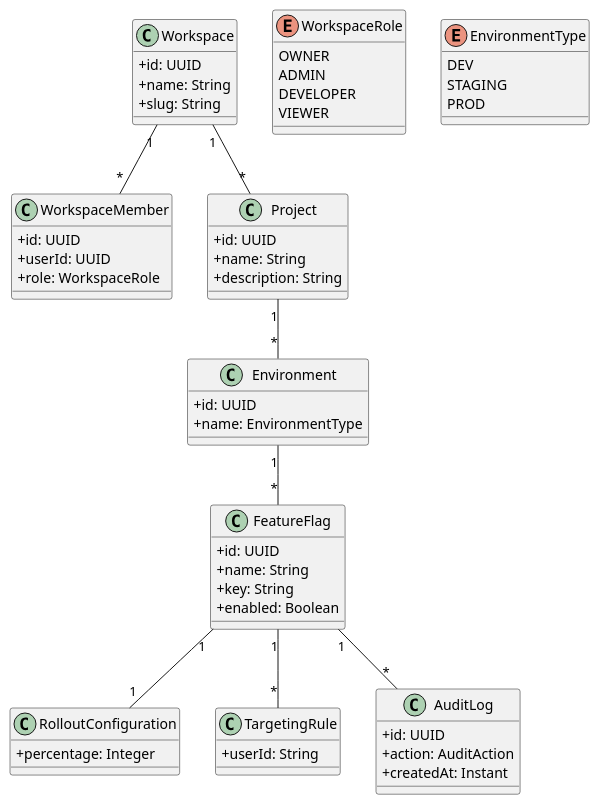
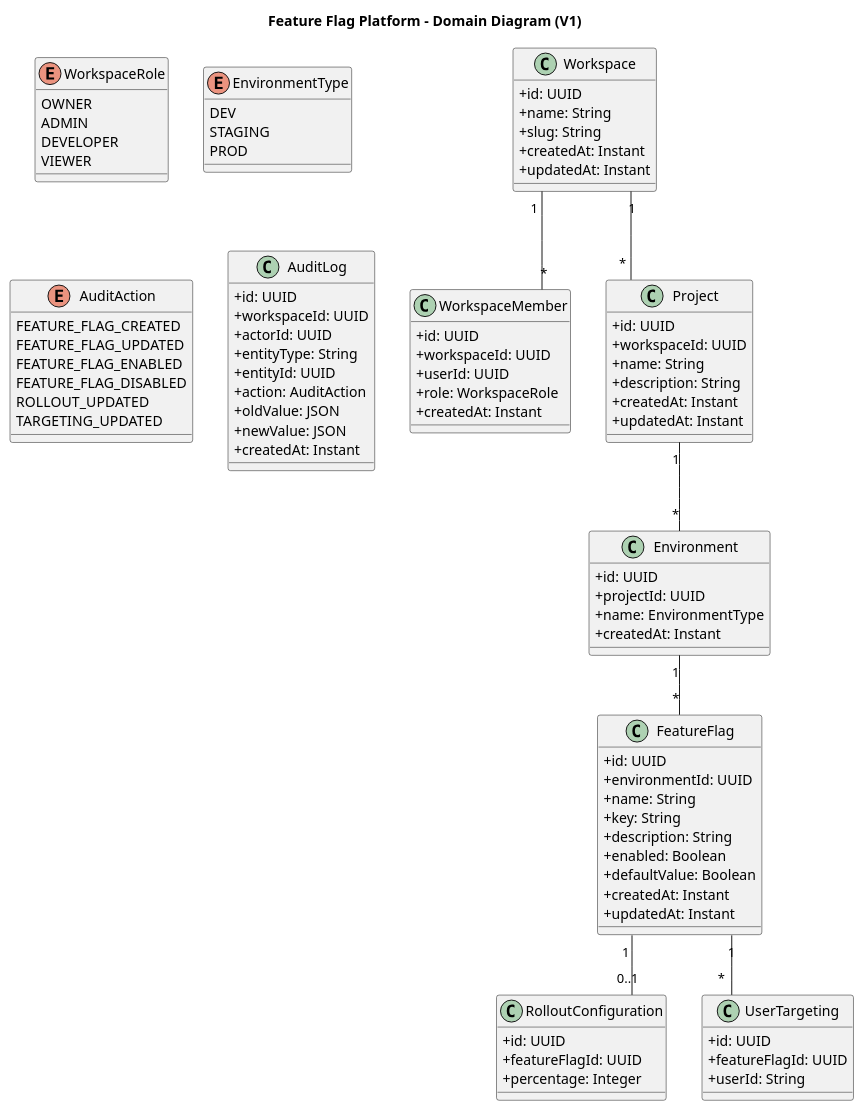
Before and after one commit to Gustavo-Akira/dev-flag: the diagram in docs/v1/domain-diagram.puml, drawn with PlantUML.

Commit message:
docs: update domain diagram with cardinality

```diff
--- a/docs/v1/domain-diagram.puml
+++ b/docs/v1/domain-diagram.puml
@@ -1,72 +1,119 @@
 @startuml
 skinparam classAttributeIconSize 0
+skinparam linetype ortho
+
+title Feature Flag Platform - Domain Diagram (V1)
+
+' ==========================
+' ENUMS
+' ==========================
+
+enum WorkspaceRole {
+OWNER
+ADMIN
+DEVELOPER
+VIEWER
+}
+
+enum EnvironmentType {
+DEV
+STAGING
+PROD
+}
+
+enum AuditAction {
+FEATURE_FLAG_CREATED
+FEATURE_FLAG_UPDATED
+FEATURE_FLAG_ENABLED
+FEATURE_FLAG_DISABLED
+ROLLOUT_UPDATED
+TARGETING_UPDATED
+}
+
+' ==========================
+' ENTITIES
+' ==========================
 
 class Workspace {
-  +id: UUID
-  +name: String
-  +slug: String
++id: UUID
++name: String
++slug: String
++createdAt: Instant
++updatedAt: Instant
 }
 
 class WorkspaceMember {
-  +id: UUID
-  +userId: UUID
-  +role: WorkspaceRole
++id: UUID
++workspaceId: UUID
++userId: UUID
++role: WorkspaceRole
++createdAt: Instant
 }
 
 class Project {
-  +id: UUID
-  +name: String
-  +description: String
++id: UUID
++workspaceId: UUID
++name: String
++description: String
++createdAt: Instant
++updatedAt: Instant
 }
 
 class Environment {
-  +id: UUID
-  +name: EnvironmentType
++id: UUID
++projectId: UUID
++name: EnvironmentType
++createdAt: Instant
 }
 
 class FeatureFlag {
-  +id: UUID
-  +name: String
-  +key: String
-  +enabled: Boolean
++id: UUID
++environmentId: UUID
++name: String
++key: String
++description: String
++enabled: Boolean
++defaultValue: Boolean
++createdAt: Instant
++updatedAt: Instant
 }
 
 class RolloutConfiguration {
-  +percentage: Integer
++id: UUID
++featureFlagId: UUID
++percentage: Integer
 }
 
-class TargetingRule {
-  +userId: String
+class UserTargeting {
++id: UUID
++featureFlagId: UUID
++userId: String
 }
 
 class AuditLog {
-  +id: UUID
-  +action: AuditAction
-  +createdAt: Instant
++id: UUID
++workspaceId: UUID
++actorId: UUID
++entityType: String
++entityId: UUID
++action: AuditAction
++oldValue: JSON
++newValue: JSON
++createdAt: Instant
 }
 
-enum WorkspaceRole {
-  OWNER
-  ADMIN
-  DEVELOPER
-  VIEWER
-}
-
-enum EnvironmentType {
-  DEV
-  STAGING
-  PROD
-}
+' ==========================
+' RELATIONSHIPS
+' ==========================
 
 Workspace "1" -- "*" WorkspaceMember
 Workspace "1" -- "*" Project
 
 Project "1" -- "*" Environment
 
 Environment "1" -- "*" FeatureFlag
 
-FeatureFlag "1" -- "1" RolloutConfiguration
-FeatureFlag "1" -- "*" TargetingRule
-FeatureFlag "1" -- "*" AuditLog
+FeatureFlag "1" -- "0..1" RolloutConfiguration
+FeatureFlag "1" -- "*" UserTargeting
 
 @enduml
```
